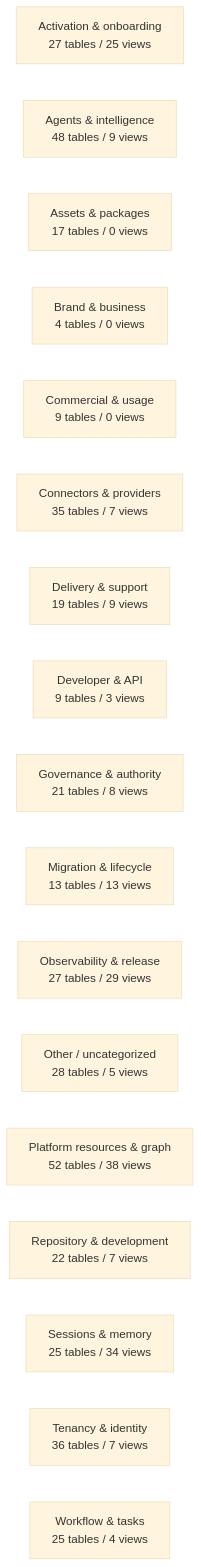
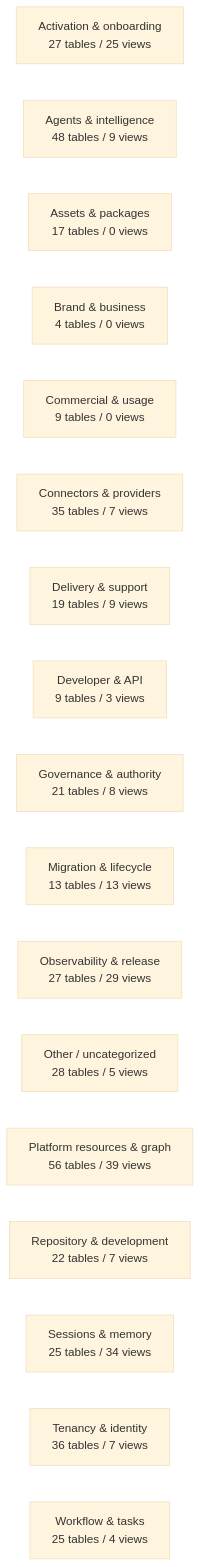
The diagram in docs/work-maps/data-model-domain-map.md (mad4bdigital-ai/multi-business-multi-role-growth-intelligence-os), drawn with Mermaid (base theme) before and after one commit. The commit also changed other lines of this file and 7 other files, not shown here.

````diff
--- a/docs/work-maps/data-model-domain-map.md
+++ b/docs/work-maps/data-model-domain-map.md
@@ -9,20 +9,20 @@
 ```mermaid
 flowchart LR
   n_Activation___onboarding["Activation & onboarding<br/>27 tables / 25 views"]
   n_Agents___intelligence["Agents & intelligence<br/>48 tables / 9 views"]
   n_Assets___packages["Assets & packages<br/>17 tables / 0 views"]
   n_Brand___business["Brand & business<br/>4 tables / 0 views"]
   n_Commercial___usage["Commercial & usage<br/>9 tables / 0 views"]
   n_Connectors___providers["Connectors & providers<br/>35 tables / 7 views"]
   n_Delivery___support["Delivery & support<br/>19 tables / 9 views"]
   n_Developer___API["Developer & API<br/>9 tables / 3 views"]
   n_Governance___authority["Governance & authority<br/>21 tables / 8 views"]
   n_Migration___lifecycle["Migration & lifecycle<br/>13 tables / 13 views"]
   n_Observability___release["Observability & release<br/>27 tables / 29 views"]
   n_Other___uncategorized["Other / uncategorized<br/>28 tables / 5 views"]
-  n_Platform_resources___graph["Platform resources & graph<br/>52 tables / 38 views"]
+  n_Platform_resources___graph["Platform resources & graph<br/>56 tables / 39 views"]
   n_Repository___development["Repository & development<br/>22 tables / 7 views"]
   n_Sessions___memory["Sessions & memory<br/>25 tables / 34 views"]
   n_Tenancy___identity["Tenancy & identity<br/>36 tables / 7 views"]
   n_Workflow___tasks["Workflow & tasks<br/>25 tables / 4 views"]
 ```
````
